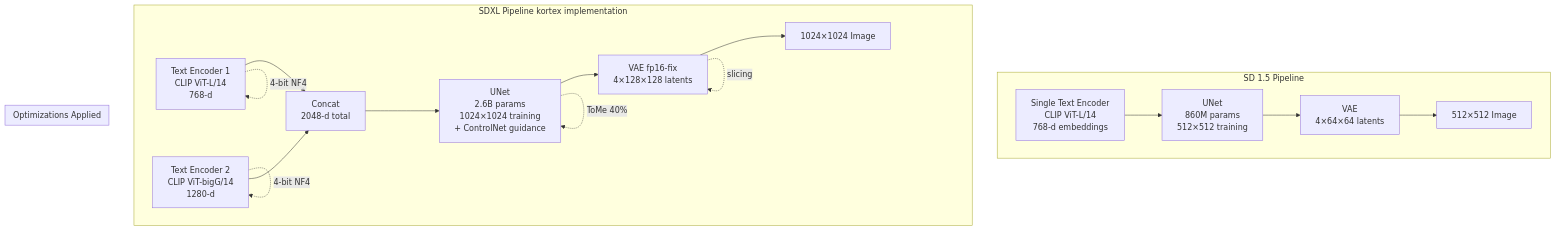
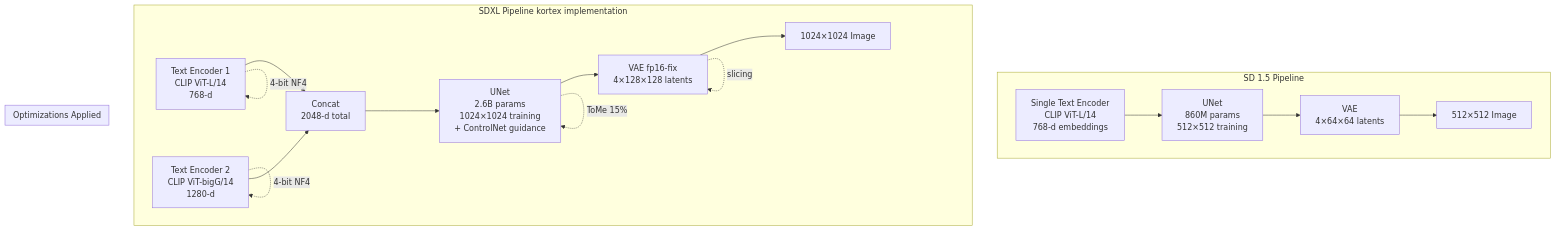
One commit to Abhyu-S/kortex-sdxl changed diagram 19 of 26 in Documentation.md. Above: the diagram before and after it, drawn with Mermaid. The commit also changed other lines of this file, not shown here.

````diff
--- a/Documentation.md
+++ b/Documentation.md
@@ -1013,24 +1003,24 @@
 ```mermaid
 flowchart TB
     subgraph SD 1.5 Pipeline
         T1_15["Single Text Encoder<br/>CLIP ViT-L/14<br/>768-d embeddings"] --> U1_15["UNet<br/>860M params<br/>512×512 training"]
         U1_15 --> V1_15["VAE<br/>4×64×64 latents"]
         V1_15 --> Out1_15["512×512 Image"]
     end
     
     subgraph SDXL Pipeline kortex implementation
         T1_XL["Text Encoder 1<br/>CLIP ViT-L/14<br/>768-d"] --> Concat_XL["Concat<br/>2048-d total"]
         T2_XL["Text Encoder 2<br/>CLIP ViT-bigG/14<br/>1280-d"] --> Concat_XL
         Concat_XL --> U1_XL["UNet<br/>2.6B params<br/>1024×1024 training<br/>+ ControlNet guidance"]
         U1_XL --> V1_XL["VAE fp16-fix<br/>4×128×128 latents"]
         V1_XL --> Out1_XL["1024×1024 Image"]
     end
     
     subgraph Optimizations Applied
         T1_XL -.4-bit NF4.-> T1_XL
         T2_XL -.4-bit NF4.-> T2_XL
         U1_XL -.4-bit NF4.-> U1_XL
-        U1_XL -.ToMe 40%.-> U1_XL
+        U1_XL -.ToMe 15%.-> U1_XL
         V1_XL -.slicing.-> V1_XL
     end
 ```
````
